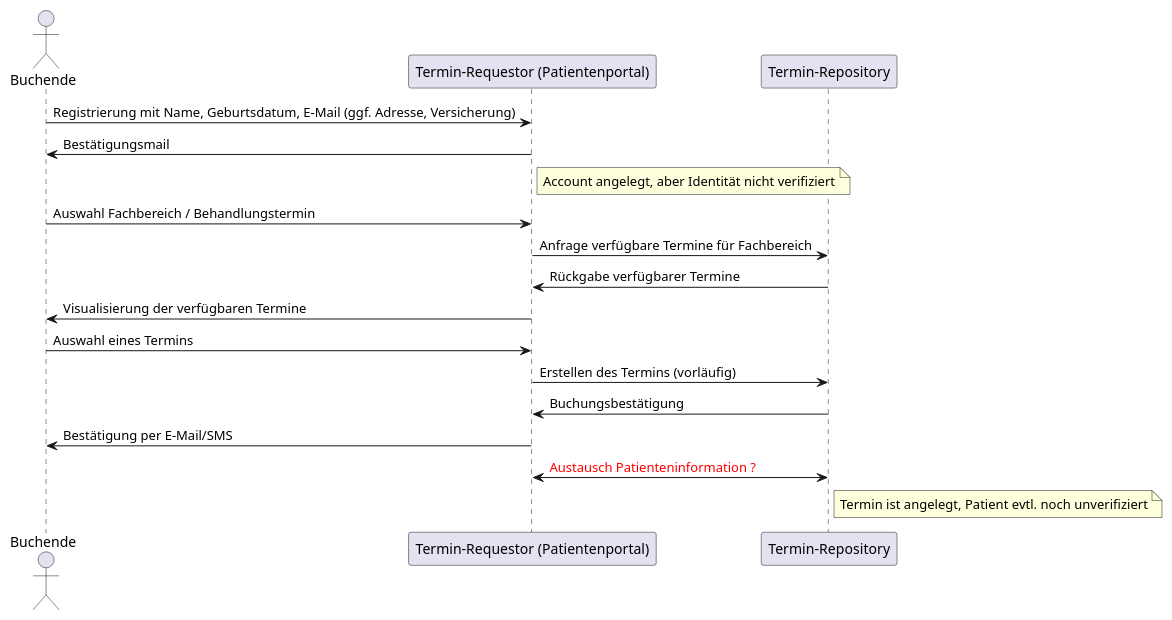
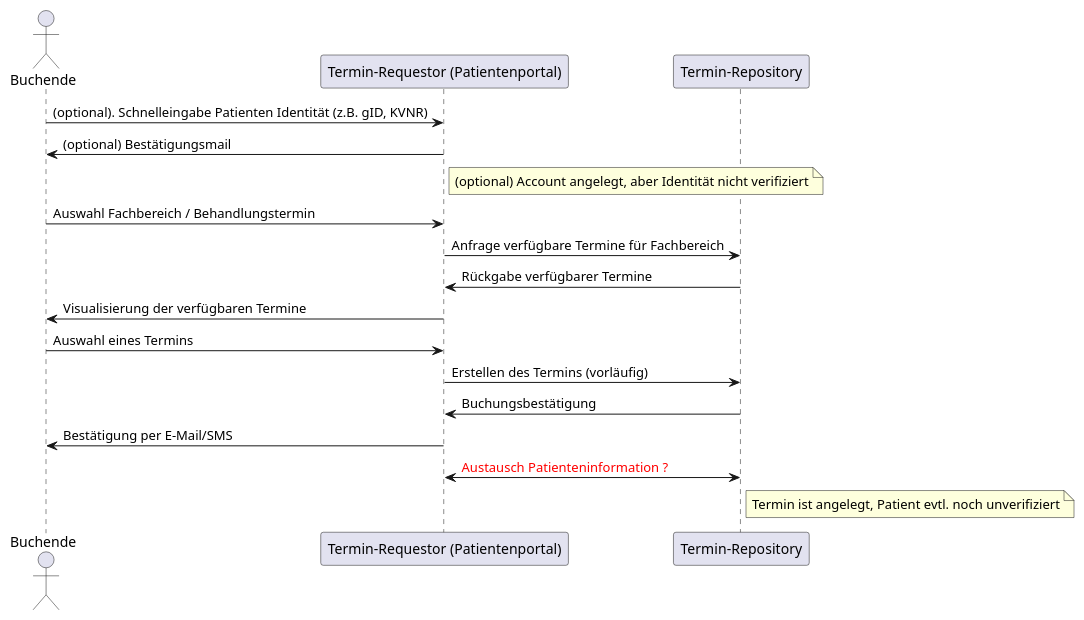
The diagram in Material/Terminplanung/images/diagrams/patient-buchung-sequenz.puml (gematik/spec-ISiK-Basismodul), drawn with PlantUML before and after one commit. The commit also changed 11 other files, not shown here.

First line of the commit message:
Stufe - 5 Termin - Change registration order for sequence (#764)

```diff
--- a/Material/Terminplanung/images/diagrams/patient-buchung-sequenz.puml
+++ b/Material/Terminplanung/images/diagrams/patient-buchung-sequenz.puml
@@ -1,25 +1,25 @@
 @startuml
 
 actor Buchende
 participant "Termin-Requestor (Patientenportal)" as TR
 participant "Termin-Repository" as TRP
 
-Buchende -> TR: Registrierung mit Name, Geburtsdatum, E-Mail (ggf. Adresse, Versicherung)
-TR -> Buchende: Bestätigungsmail
-note right of TR: Account angelegt, aber Identität nicht verifiziert
+Buchende -> TR: (optional). Schnelleingabe Patienten Identität (z.B. gID, KVNR)
+TR -> Buchende: (optional) Bestätigungsmail
+note right of TR: (optional) Account angelegt, aber Identität nicht verifiziert
 
 Buchende -> TR: Auswahl Fachbereich / Behandlungstermin
 TR -> TRP: Anfrage verfügbare Termine für Fachbereich
 TRP -> TR: Rückgabe verfügbarer Termine
 TR -> Buchende: Visualisierung der verfügbaren Termine
 
 Buchende -> TR: Auswahl eines Termins
 TR -> TRP: Erstellen des Termins (vorläufig) 
 TRP -> TR: Buchungsbestätigung
 
 TR -> Buchende: Bestätigung per E-Mail/SMS
 
 TR <-> TRP :  <font color=red>Austausch Patienteninformation ?
 note right of TRP: Termin ist angelegt, Patient evtl. noch unverifiziert 
 
 @enduml
```
